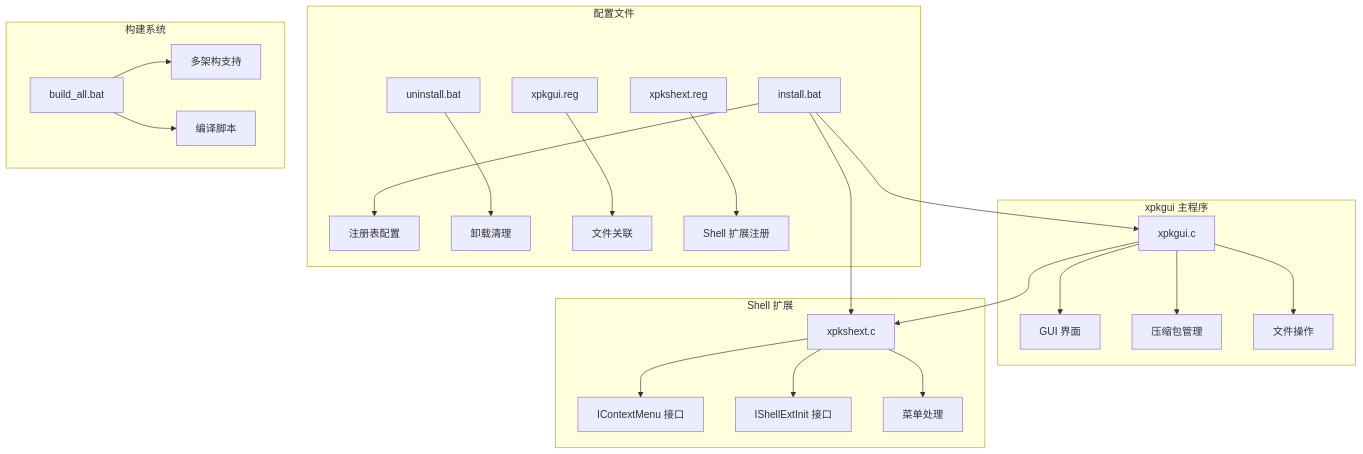
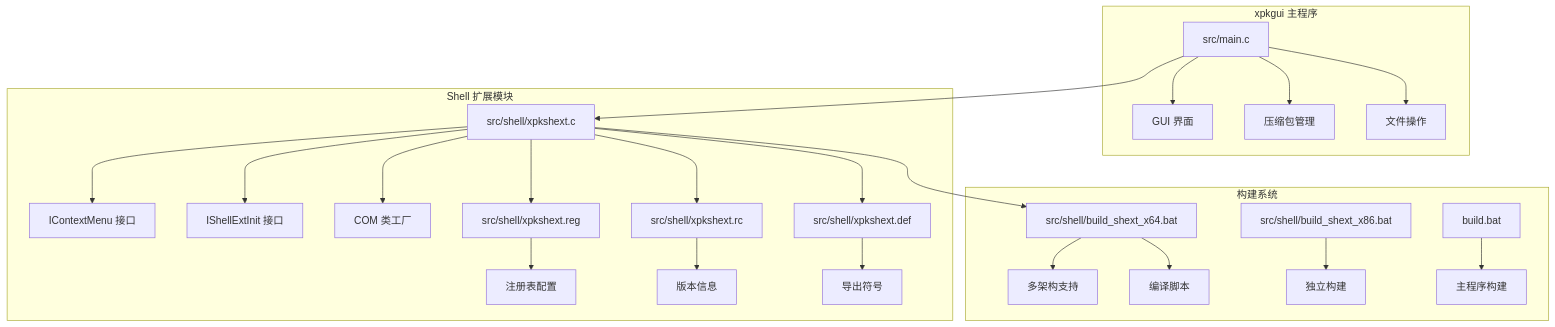
Before and after one commit to xywhsoft/xpack: the first of 11 diagrams in .qoder/repowiki/zh/content/开发者指南/xpkgui Windows Shell 扩展.md, drawn with Mermaid. The commit also changed other lines of this file and 14 other files, not shown here.

````diff
--- a/.qoder/repowiki/zh/content/开发者指南/xpkgui Windows Shell 扩展.md
+++ b/.qoder/repowiki/zh/content/开发者指南/xpkgui Windows Shell 扩展.md
@@ -44,26 +54,27 @@
 ```mermaid
 graph TB
 subgraph "xpkgui 主程序"
-A[xpkgui.c] --> B[GUI 界面]
+A[src/main.c] --> B[GUI 界面]
 A --> C[压缩包管理]
 A --> D[文件操作]
 end
-subgraph "Shell 扩展"
-E[xpkshext.c] --> F[IContextMenu 接口]
+subgraph "Shell 扩展模块"
+E[src/shell/xpkshext.c] --> F[IContextMenu 接口]
 E --> G[IShellExtInit 接口]
-E --> H[菜单处理]
-end
-subgraph "配置文件"
-I[install.bat] --> J[注册表配置]
-K[uninstall.bat] --> L[卸载清理]
-M[xpkgui.reg] --> N[文件关联]
-O[xpkshext.reg] --> P[Shell 扩展注册]
+E --> H[COM 类工厂]
+I[src/shell/xpkshext.reg] --> J[注册表配置]
+K[src/shell/xpkshext.rc] --> L[版本信息]
+M[src/shell/xpkshext.def] --> N[导出符号]
 end
 subgraph "构建系统"
-Q[build_all.bat] --> R[多架构支持]
-Q --> S[编译脚本]
+O[src/shell/build_shext_x64.bat] --> P[多架构支持]
+O --> Q[编译脚本]
+R[src/shell/build_shext_x86.bat] --> S[独立构建]
+T[build.bat] --> U[主程序构建]
 end
 A --> E
-I --> E
-I --> A
+E --> O
+E --> I
+E --> K
+E --> M
 ```
````
